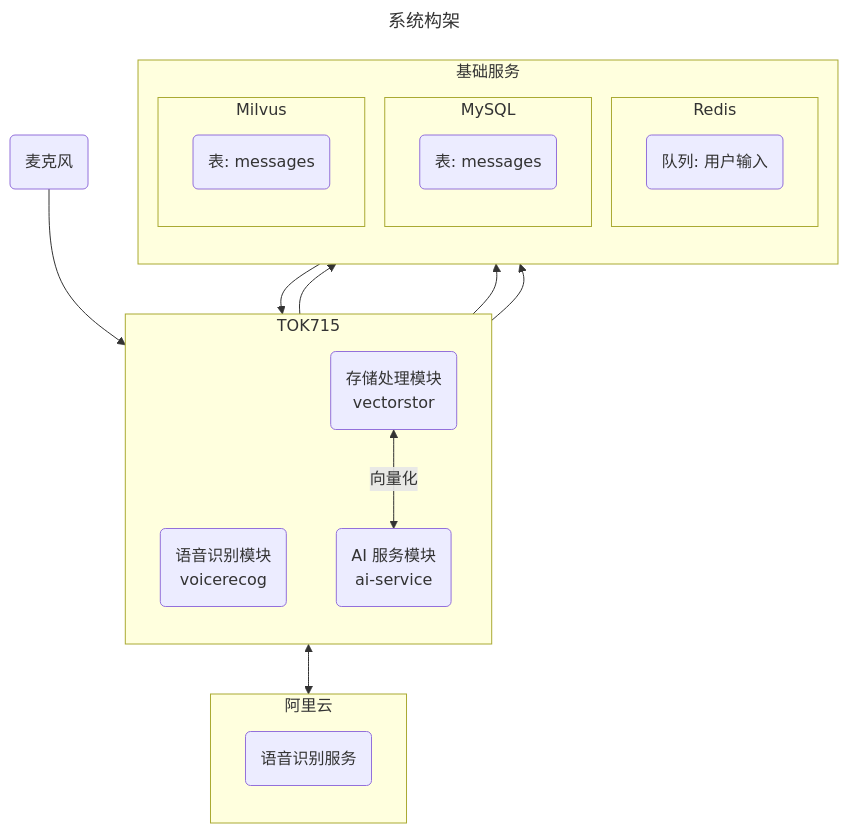
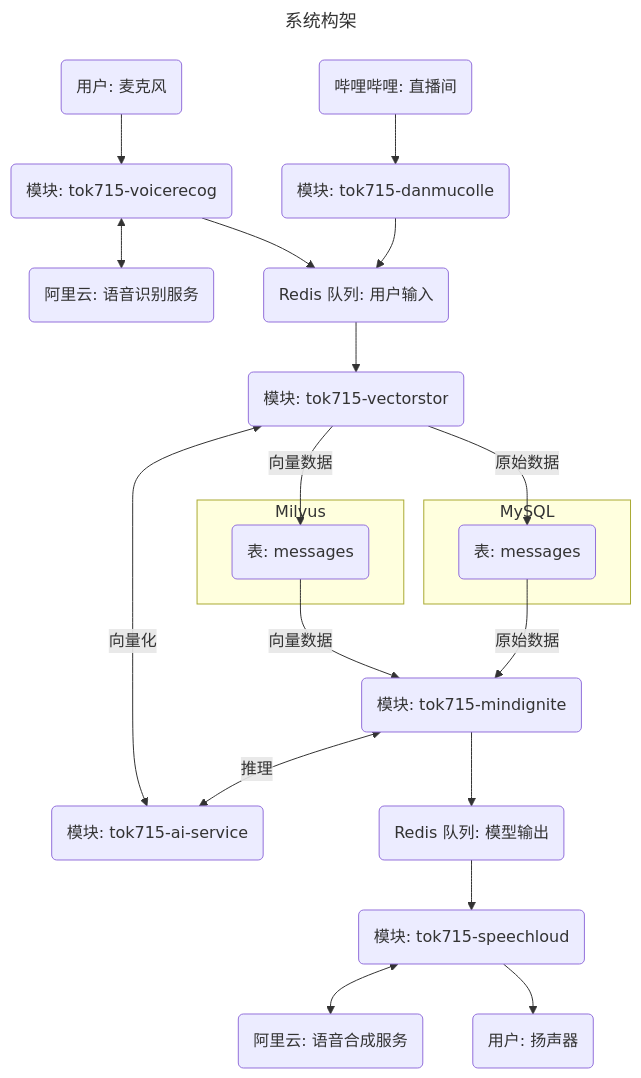
The diagram in README.md (tok715/tok715), drawn with Mermaid before and after one commit. The commit also changed other lines of this file, not shown here.

````diff
--- a/README.md
+++ b/README.md
@@ -5,41 +5,39 @@
 ```mermaid
 ---
 title: 系统构架
 ---
 flowchart TB
-    node_mic(麦克风)
+    node_mic(用户: 麦克风)
+    node_speaker(用户: 扬声器)
+    node_voicerecog_main("模块: tok715-voicerecog")
+    node_speechloud_main("模块: tok715-speechloud")
+    node_vectorstor_main("模块: tok715-vectorstor")
+    node_ai_service_main("模块: tok715-ai-service")
+    node_mindignite_main("模块: tok715-mindignite")
+    node_danmucolle_main("模块: tok715-danmucolle")
+    node_aliyun_nls(阿里云: 语音识别服务)
+    node_aliyun_tts(阿里云: 语音合成服务)
+    node_bilibili_stream(哔哩哔哩: 直播间)
+    node_redis_queue_input(Redis 队列: 用户输入)
+    node_redis_queue_output(Redis 队列: 模型输出)
 
-    subgraph 阿里云
-        direction TB
-        node_aliyun_nls(语音识别服务)
+    subgraph MySQL
+        node_mysql_messages(表: messages)
     end
-
-    subgraph TOK715
-        direction TB
-        node_voicerecog_main("语音识别模块
-        voicerecog")
-        node_vectorstor_main("存储处理模块
-        vectorstor")
-        node_ai_service_main("AI 服务模块
-        ai-service")
-    end
-
-    subgraph 基础服务
-        direction TB
-        subgraph Redis
-            node_redis_queue(队列: 用户输入)
-        end
-        subgraph MySQL
-            node_mysql_messages(表: messages)
-        end
-        subgraph Milvus
-            node_milvus_messages(表: messages)
-        end
+    subgraph Milvus
+        node_milvus_messages(表: messages)
     end
 
     node_mic --> node_voicerecog_main <--> node_aliyun_nls
-    node_voicerecog_main --> node_redis_queue
-    node_redis_queue --> node_vectorstor_main --> node_mysql_messages
+    node_voicerecog_main --> node_redis_queue_input
+    node_redis_queue_input --> node_vectorstor_main -- 原始数据 --> node_mysql_messages
     node_vectorstor_main <-- 向量化 --> node_ai_service_main
-    node_vectorstor_main --> node_milvus_messages
+    node_vectorstor_main -- 向量数据 --> node_milvus_messages
+    node_milvus_messages -- 向量数据 --> node_mindignite_main
+    node_mysql_messages -- 原始数据 --> node_mindignite_main
+    node_mindignite_main <-- 推理 --> node_ai_service_main
+    node_mindignite_main --> node_redis_queue_output --> node_speechloud_main
+    node_speechloud_main <--> node_aliyun_tts
+    node_speechloud_main --> node_speaker
+    node_bilibili_stream --> node_danmucolle_main --> node_redis_queue_input
 ```
````
